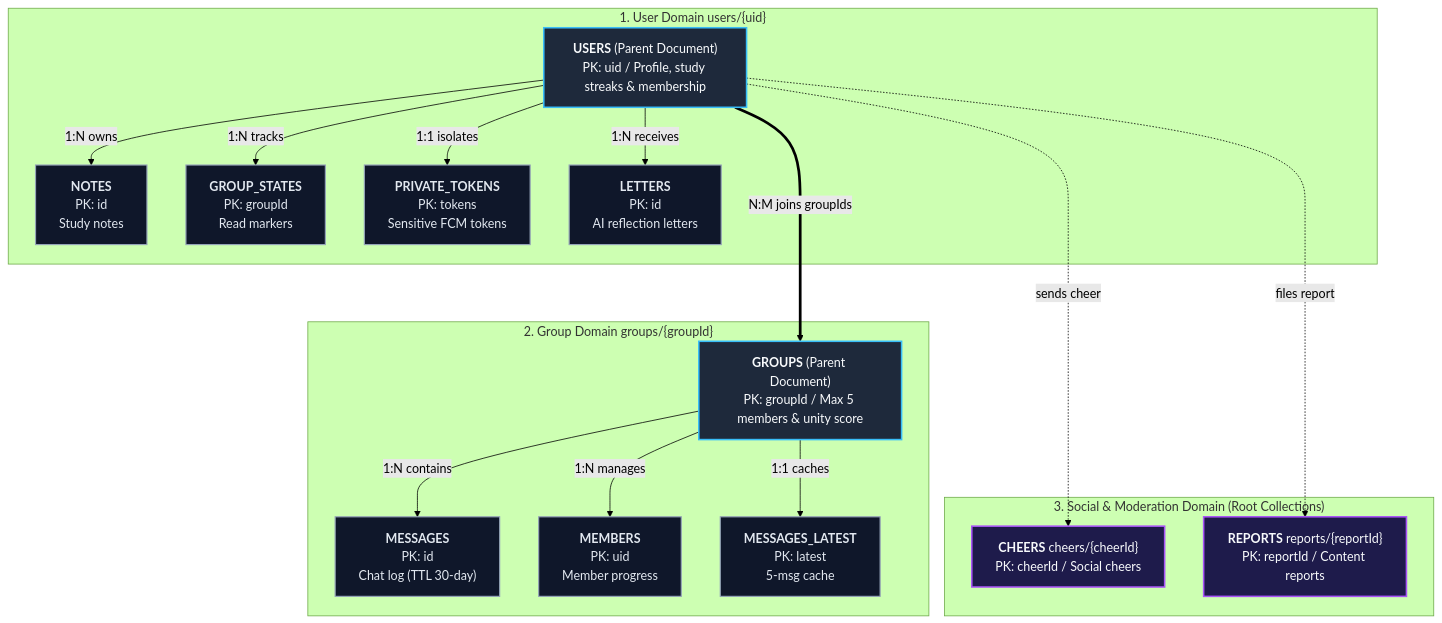
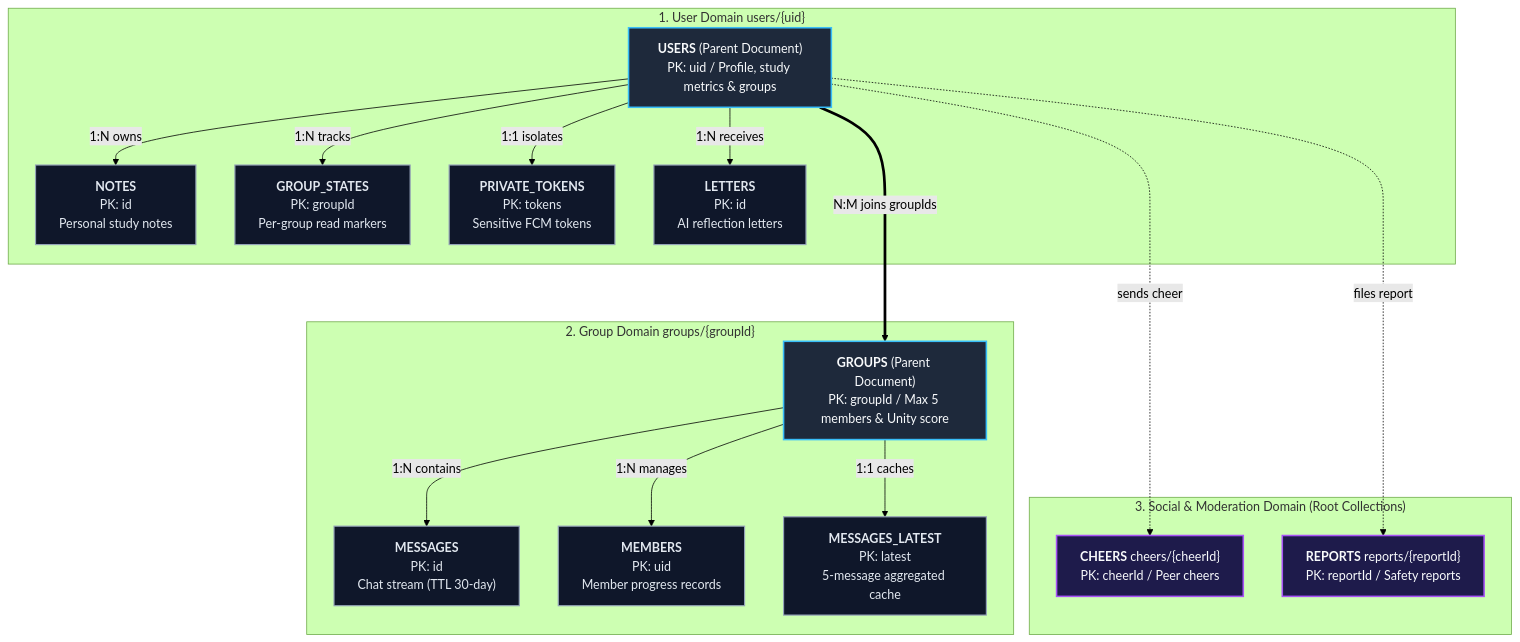
The first of 2 diagrams in docs/database-security.md (ScriptureHabit/scripture-habit), drawn with Mermaid (forest theme) before and after one commit. The commit also changed other lines of this file and 57 other files, not shown here.

Commit message:
docs: refine documentation prose and add structured diagram breakdowns across JA and EN

````diff
--- a/docs/database-security.md
+++ b/docs/database-security.md
@@ -11,43 +11,43 @@
 ```mermaid
 flowchart TD
     classDef main fill:#1e293b,stroke:#38bdf8,stroke-width:2px,color:#f8fafc;
     classDef sub fill:#0f172a,stroke:#94a3b8,stroke-width:1.5px,color:#e2e8f0;
     classDef social fill:#1e1b4b,stroke:#a855f7,stroke-width:2px,color:#f8fafc;
 
     subgraph UserDomain["1. User Domain users/{uid}"]
-        USERS["<b>USERS</b> (Parent Document)<br/>PK: uid / Profile, study streaks & membership"]:::main
+        USERS["<b>USERS</b> (Parent Document)<br/>PK: uid / Profile, study metrics & groups"]:::main
 
-        NOTES["<b>NOTES</b><br/>PK: id<br/>Study notes"]:::sub
-        GROUP_STATES["<b>GROUP_STATES</b><br/>PK: groupId<br/>Read markers"]:::sub
+        NOTES["<b>NOTES</b><br/>PK: id<br/>Personal study notes"]:::sub
+        GROUP_STATES["<b>GROUP_STATES</b><br/>PK: groupId<br/>Per-group read markers"]:::sub
         PRIVATE_TOKENS["<b>PRIVATE_TOKENS</b><br/>PK: tokens<br/>Sensitive FCM tokens"]:::sub
         LETTERS["<b>LETTERS</b><br/>PK: id<br/>AI reflection letters"]:::sub
 
         USERS -->|1:N owns| NOTES
         USERS -->|1:N tracks| GROUP_STATES
         USERS -->|1:1 isolates| PRIVATE_TOKENS
         USERS -->|1:N receives| LETTERS
     end
 
     subgraph GroupDomain["2. Group Domain groups/{groupId}"]
-        GROUPS["<b>GROUPS</b> (Parent Document)<br/>PK: groupId / Max 5 members & unity score"]:::main
+        GROUPS["<b>GROUPS</b> (Parent Document)<br/>PK: groupId / Max 5 members & Unity score"]:::main
 
-        MESSAGES["<b>MESSAGES</b><br/>PK: id<br/>Chat log (TTL 30-day)"]:::sub
-        MEMBERS["<b>MEMBERS</b><br/>PK: uid<br/>Member progress"]:::sub
-        MESSAGES_LATEST["<b>MESSAGES_LATEST</b><br/>PK: latest<br/>5-msg cache"]:::sub
+        MESSAGES["<b>MESSAGES</b><br/>PK: id<br/>Chat stream (TTL 30-day)"]:::sub
+        MEMBERS["<b>MEMBERS</b><br/>PK: uid<br/>Member progress records"]:::sub
+        MESSAGES_LATEST["<b>MESSAGES_LATEST</b><br/>PK: latest<br/>5-message aggregated cache"]:::sub
 
         GROUPS -->|1:N contains| MESSAGES
         GROUPS -->|1:N manages| MEMBERS
         GROUPS -->|1:1 caches| MESSAGES_LATEST
     end
 
     subgraph SocialDomain["3. Social & Moderation Domain (Root Collections)"]
-        CHEERS["<b>CHEERS</b> cheers/{cheerId}<br/>PK: cheerId / Social cheers"]:::social
-        REPORTS["<b>REPORTS</b> reports/{reportId}<br/>PK: reportId / Content reports"]:::social
+        CHEERS["<b>CHEERS</b> cheers/{cheerId}<br/>PK: cheerId / Peer cheers"]:::social
+        REPORTS["<b>REPORTS</b> reports/{reportId}<br/>PK: reportId / Safety reports"]:::social
     end
 
     USERS ===>|N:M joins groupIds| GROUPS
     GROUPS ~~~ CHEERS
     GROUPS ~~~ REPORTS
     USERS -.->|sends cheer| CHEERS
     USERS -.->|files report| REPORTS
 ```
````
